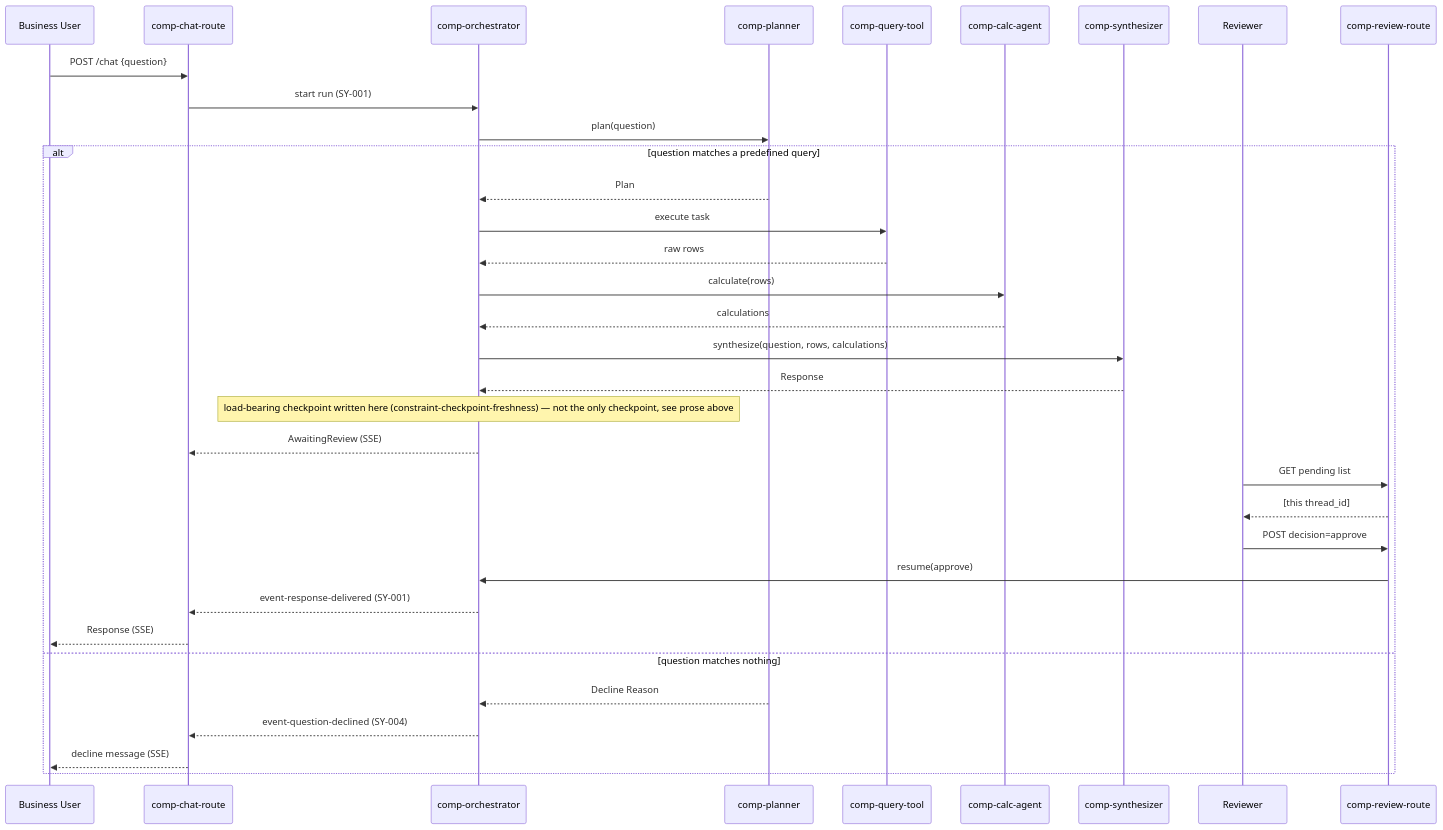
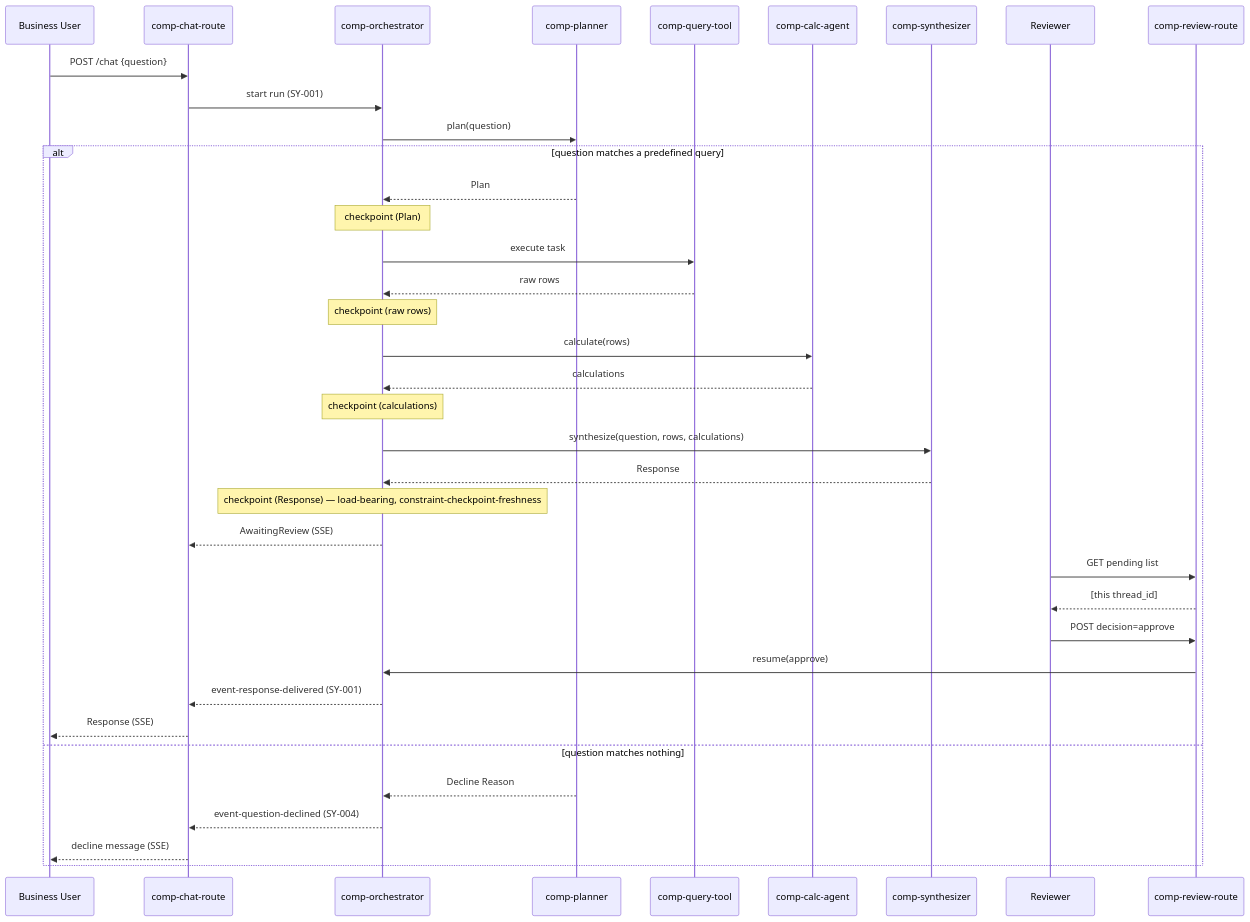
Before and after one commit to amulyaamaggididivami/langgraph-poc: the fourth of 4 diagrams in docs/implementation/ORCHESTRATION/trd.md, drawn with Mermaid. The commit also changed other lines of this file and 1 other file, not shown here.

````diff
--- a/docs/implementation/ORCHESTRATION/trd.md
+++ b/docs/implementation/ORCHESTRATION/trd.md
@@ -486,37 +516,40 @@
 ```mermaid
 sequenceDiagram
     participant BU as Business User
     participant CR as comp-chat-route
     participant O as comp-orchestrator
     participant P as comp-planner
     participant QT as comp-query-tool
     participant CA as comp-calc-agent
     participant SY as comp-synthesizer
     participant RV as Reviewer
     participant RR as comp-review-route
 
     BU->>CR: POST /chat {question}
     CR->>O: start run (SY-001)
     O->>P: plan(question)
     alt question matches a predefined query
         P-->>O: Plan
+        Note over O: checkpoint (Plan)
         O->>QT: execute task
         QT-->>O: raw rows
+        Note over O: checkpoint (raw rows)
         O->>CA: calculate(rows)
         CA-->>O: calculations
+        Note over O: checkpoint (calculations)
         O->>SY: synthesize(question, rows, calculations)
         SY-->>O: Response
-        Note over O: load-bearing checkpoint written here (constraint-checkpoint-freshness) — not the only checkpoint, see prose above
+        Note over O: checkpoint (Response) — load-bearing, constraint-checkpoint-freshness
         O-->>CR: AwaitingReview (SSE)
         RV->>RR: GET pending list
         RR-->>RV: [this thread_id]
         RV->>RR: POST decision=approve
         RR->>O: resume(approve)
         O-->>CR: event-response-delivered (SY-001)
         CR-->>BU: Response (SSE)
     else question matches nothing
         P-->>O: Decline Reason
         O-->>CR: event-question-declined (SY-004)
         CR-->>BU: decline message (SSE)
     end
 ```
````
